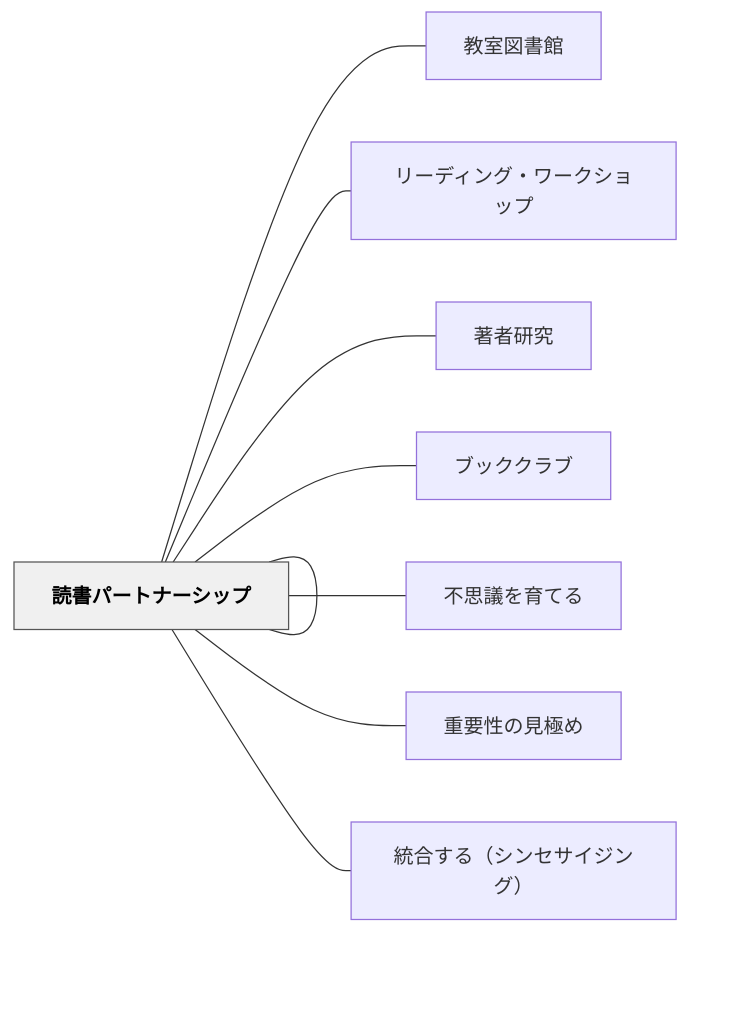
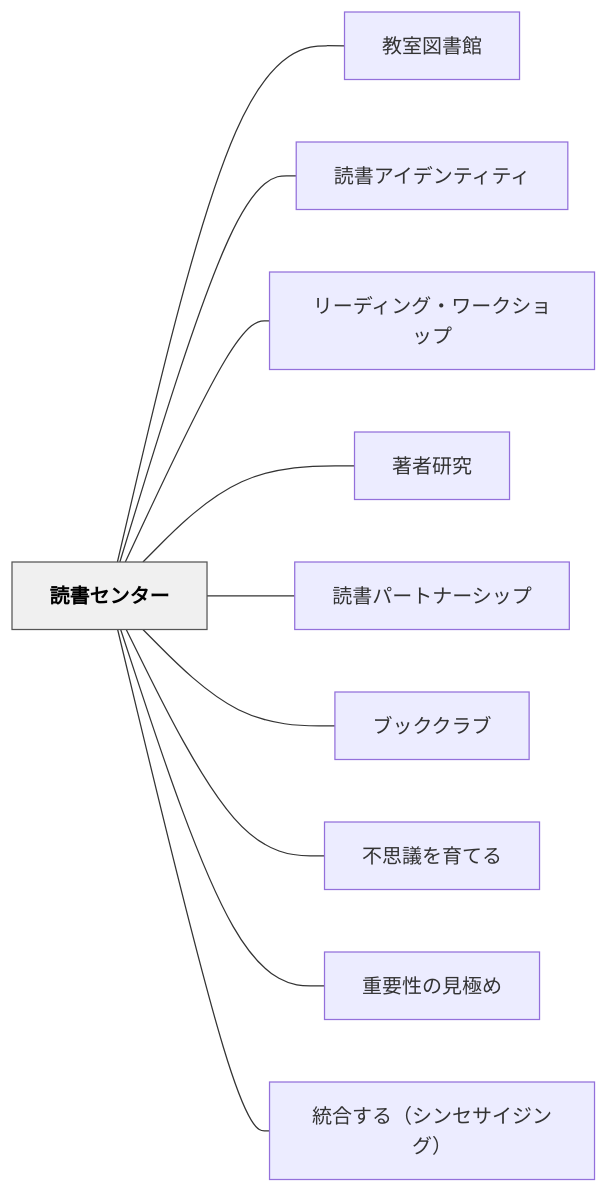
The diagram in content/パタン/読書センター.md (unknownthings-ed-patterns/unknownthings-ed-patterns), drawn with Mermaid before and after one commit. The commit also changed 527 other files, not shown here.

````diff
--- a/content/パタン/読書センター.md
+++ b/content/パタン/読書センター.md
@@ -118,26 +118,26 @@
 ```mermaid
 flowchart LR
-    ne8aaade69bb8["読書センター"]
-    ne69599e5aea4["教室図書館"]
-    ne8aaade69bb8["読書アイデンティティ"]
-    ne383aae383bc["リーディング・ワークショップ"]
-    ne89197e88085["著者研究"]
-    ne8aaade69bb8["読書パートナーシップ"]
-    ne38396e38383["ブッククラブ"]
-    ne4b88de6809d["不思議を育てる"]
-    ne9878de8a681["重要性の見極め"]
-    ne7b5b1e59088["統合する（シンセサイジング）"]
+    ne8aaade69bb8e382bbe383b3e382bfe383bc["読書センター"]
+    ne69599e5aea4e59bb3e69bb8e9a4a8["教室図書館"]
+    ne8aaade69bb8e382a2e382a4e38387e383b3e38386e382a3e38386e382a3["読書アイデンティティ"]
+    ne383aae383bce38387e382a3e383b3e382b0e383bbe383afe383bce382afe382b7e383a7e38383e38397["リーディング・ワークショップ"]
+    ne89197e88085e7a094e7a9b6["著者研究"]
+    ne8aaade69bb8e38391e383bce38388e3838ae383bce382b7e38383e38397["読書パートナーシップ"]
+    ne38396e38383e382afe382afe383a9e38396["ブッククラブ"]
+    ne4b88de6809de8adb0e38292e882b2e381a6e3828b["不思議を育てる"]
+    ne9878de8a681e680a7e381aee8a68be6a5b5e38281["重要性の見極め"]
+    ne7b5b1e59088e38199e3828befbc88e382b7e383b3e382bbe382b5e382a4e382b8e383b3e382b0efbc89["統合する（シンセサイジング）"]
 
-    ne8aaade69bb8 --- ne69599e5aea4
-    ne8aaade69bb8 --- ne8aaade69bb8
-    ne8aaade69bb8 --- ne383aae383bc
-    ne8aaade69bb8 --- ne89197e88085
-    ne8aaade69bb8 --- ne8aaade69bb8
-    ne8aaade69bb8 --- ne38396e38383
-    ne8aaade69bb8 --- ne4b88de6809d
-    ne8aaade69bb8 --- ne9878de8a681
-    ne8aaade69bb8 --- ne7b5b1e59088
+    ne8aaade69bb8e382bbe383b3e382bfe383bc --- ne69599e5aea4e59bb3e69bb8e9a4a8
+    ne8aaade69bb8e382bbe383b3e382bfe383bc --- ne8aaade69bb8e382a2e382a4e38387e383b3e38386e382a3e38386e382a3
+    ne8aaade69bb8e382bbe383b3e382bfe383bc --- ne383aae383bce38387e382a3e383b3e382b0e383bbe383afe383bce382afe382b7e383a7e38383e38397
+    ne8aaade69bb8e382bbe383b3e382bfe383bc --- ne89197e88085e7a094e7a9b6
+    ne8aaade69bb8e382bbe383b3e382bfe383bc --- ne8aaade69bb8e38391e383bce38388e3838ae383bce382b7e38383e38397
+    ne8aaade69bb8e382bbe383b3e382bfe383bc --- ne38396e38383e382afe382afe383a9e38396
+    ne8aaade69bb8e382bbe383b3e382bfe383bc --- ne4b88de6809de8adb0e38292e882b2e381a6e3828b
+    ne8aaade69bb8e382bbe383b3e382bfe383bc --- ne9878de8a681e680a7e381aee8a68be6a5b5e38281
+    ne8aaade69bb8e382bbe383b3e382bfe383bc --- ne7b5b1e59088e38199e3828befbc88e382b7e383b3e382bbe382b5e382a4e382b8e383b3e382b0efbc89
 
     classDef hub fill:#f0f0f0,stroke:#555,color:#000,font-weight:bold
-    class ne8aaade69bb8 hub
+    class ne8aaade69bb8e382bbe383b3e382bfe383bc hub
 ```
````
